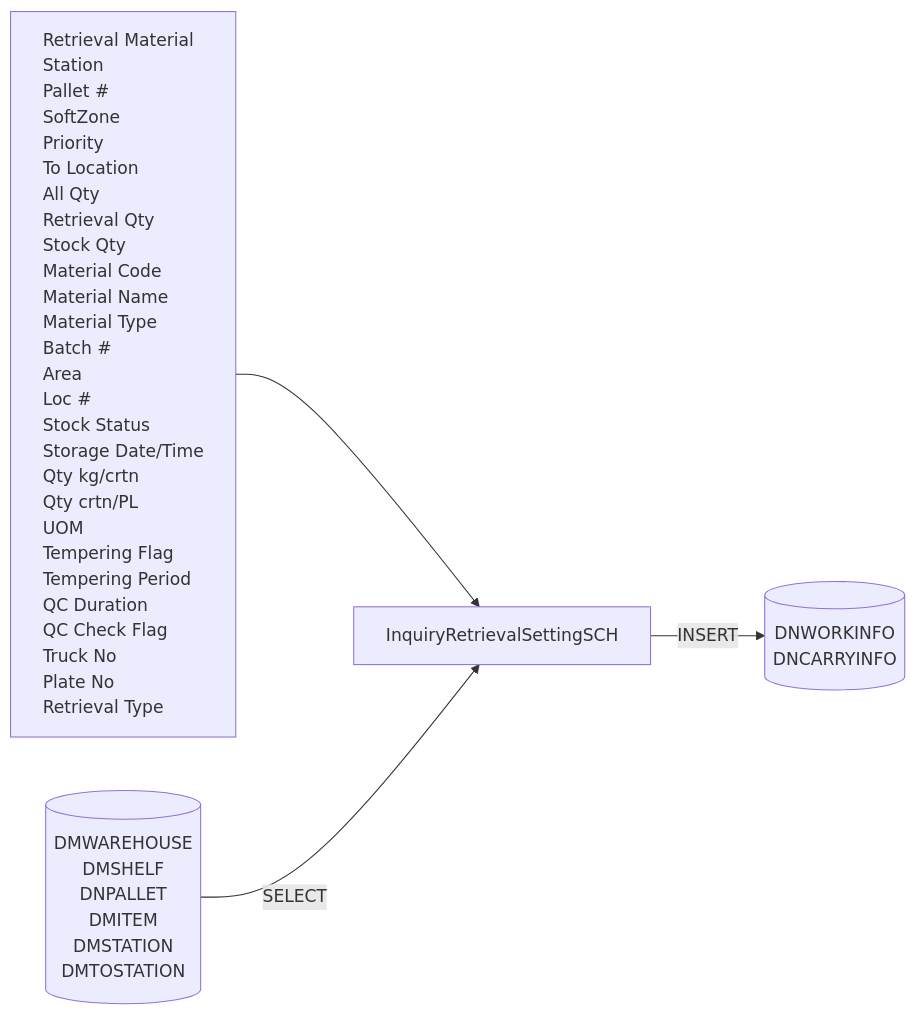
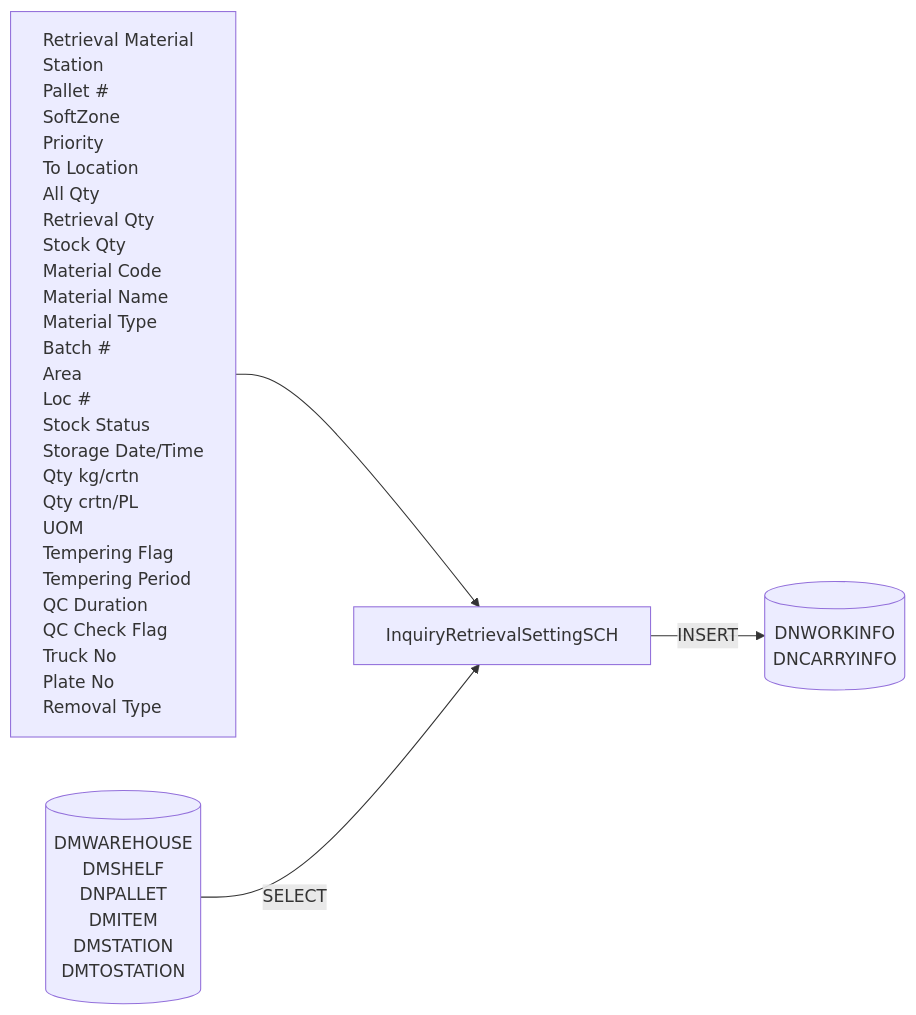
One commit to luthfiadityaa/SimeDarby-Wiki changed the sixth of 20 diagrams in Basic-Design/DFD-WMS/Retrieval/Specific-Location-Retrieval-Setting.md. Above: the diagram before and after it, drawn with Mermaid.

Commit message:
Updated Specific Location Retrieval Setting

```diff
--- a/Basic-Design/DFD-WMS/Retrieval/Specific-Location-Retrieval-Setting.md
+++ b/Basic-Design/DFD-WMS/Retrieval/Specific-Location-Retrieval-Setting.md
@@ -163,54 +163,54 @@
 ::: mermaid
 flowchart LR
     input[
         Retrieval Material
         Station
         Pallet #
         SoftZone
         Priority
         To Location
         All Qty
         Retrieval Qty
         Stock Qty
         Material Code
         Material Name
         Material Type
         Batch #
         Area
         Loc #
         Stock Status
         Storage Date/Time
         Qty kg/crtn
         Qty crtn/PL
         UOM
         Tempering Flag
         Tempering Period
         QC Duration
         QC Check Flag
         Truck No
         Plate No
-        Retrieval Type
+        Removal Type
     ]
 
     tableList-insert[("
         DNWORKINFO
         DNCARRYINFO
     ")]
 
      tableList-select[("
         DMWAREHOUSE
         DMSHELF
         DNPALLET
         DMITEM
         DMSTATION
         DMTOSTATION
     ")]
 
     className[InquiryRetrievalSettingSCH]
 
     input --> className --> |INSERT| tableList-insert
     tableList-select --> |SELECT| className
 
     classDef leftAlign text-align:left;
     class input leftAlign;
 :::
```
